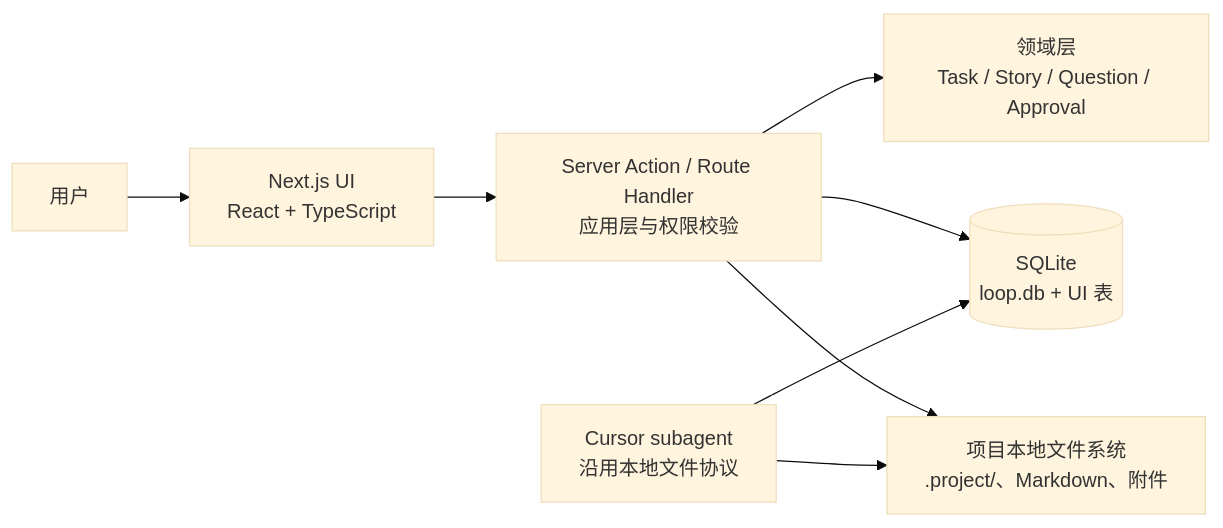
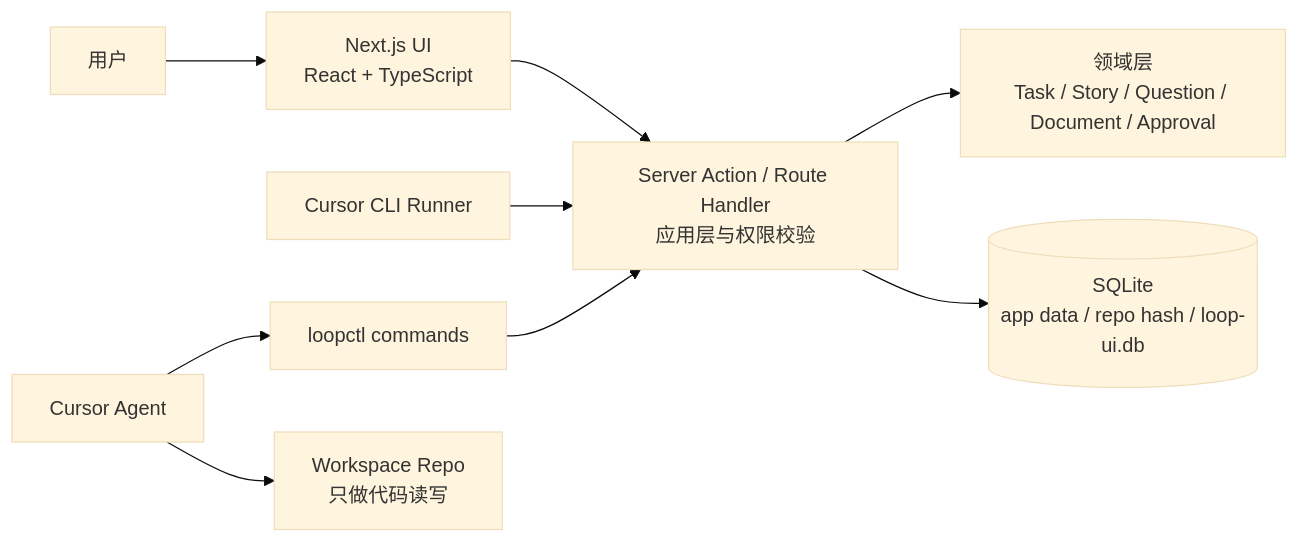
The diagram in docs/v1-technical-solution.md (InspireChina/ai4se-loop-workflow), drawn with Mermaid (base theme) before and after one commit. The commit also changed other lines of this file and 13 other files, not shown here.

````diff
--- a/docs/v1-technical-solution.md
+++ b/docs/v1-technical-solution.md
@@ -22,10 +23,11 @@
 ```mermaid
 flowchart LR
   User["用户"] --> Web["Next.js UI\nReact + TypeScript"]
   Web --> App["Server Action / Route Handler\n应用层与权限校验"]
-  App --> Domain["领域层\nTask / Story / Question / Approval"]
-  App --> DB[("SQLite\nloop.db + UI 表")]
-  App --> FS["项目本地文件系统\n.project/、Markdown、附件"]
-  Agent["Cursor subagent\n沿用本地文件协议"] --> DB
-  Agent --> FS
+  App --> Domain["领域层\nTask / Story / Question / Document / Approval"]
+  App --> DB[("SQLite\napp data / repo hash / loop-ui.db")]
+  Runner["Cursor CLI Runner"] --> App
+  Agent["Cursor Agent"] --> CLI["loopctl commands"]
+  CLI --> App
+  Agent --> Repo["Workspace Repo\n只做代码读写"]
 ```
````
